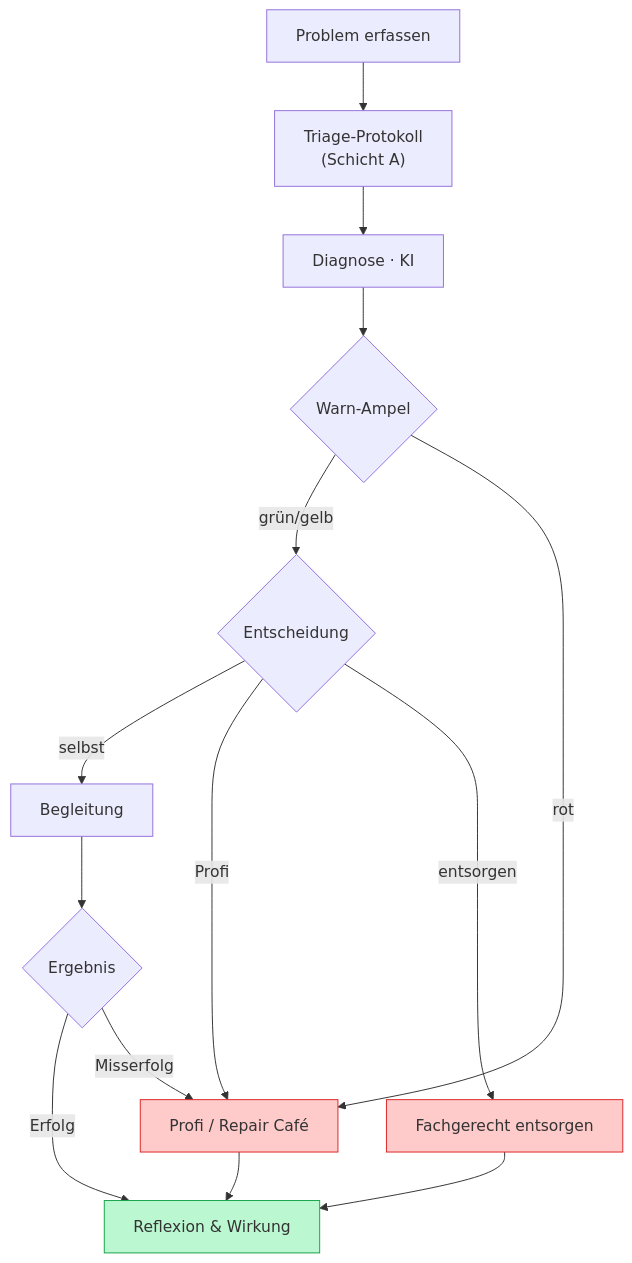
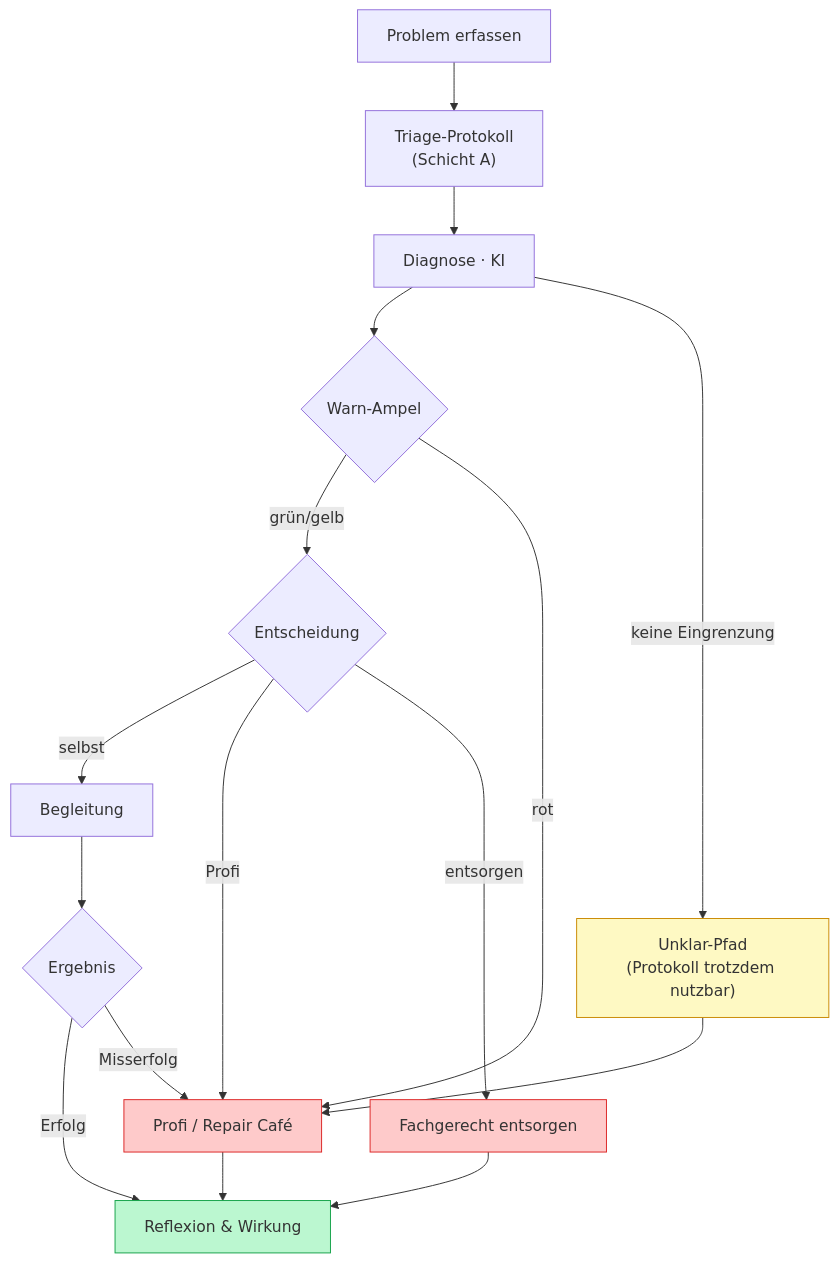
Before and after one commit to DigitaleOberlausitz/hackathon2026_RepairApp: the fifth of 11 diagrams in docs/konzept.adoc, drawn with Mermaid. The commit also changed other lines of this file, not shown here.

First line of the commit message:
docs: Edge-Cases ergänzt (D20–D23, unklar-Pfad)

```diff
--- a/docs/konzept.adoc
+++ b/docs/konzept.adoc
@@ -231,19 +231,23 @@
 [mermaid]
 ....
 flowchart TD
   P[Problem erfassen] --> T["Triage-Protokoll<br/>(Schicht A)"]
   T --> D[Diagnose · KI] --> A{Warn-Ampel}
   A -->|grün/gelb| E{Entscheidung}
   A -->|rot| Prof[Profi / Repair Café]
+  D -->|"keine Eingrenzung"| U["Unklar-Pfad<br/>(Protokoll trotzdem nutzbar)"]
+  U --> Prof
   E -->|selbst| B[Begleitung] --> R{Ergebnis}
   E -->|Profi| Prof
   E -->|entsorgen| Ent[Fachgerecht entsorgen]
   R -->|Erfolg| W[Reflexion & Wirkung]
   R -->|Misserfolg| Prof
   Prof --> W
   Ent --> W
   classDef red fill:#fecaca,stroke:#dc2626
   classDef green fill:#bbf7d0,stroke:#16a34a
+  classDef gate fill:#fef9c3,stroke:#ca8a04
   class Prof,Ent red
   class W green
+  class U gate
 ....
```
